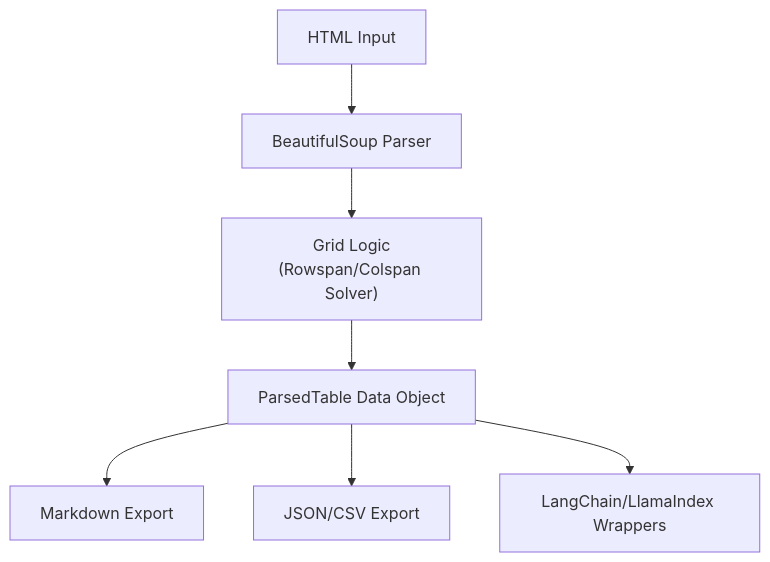
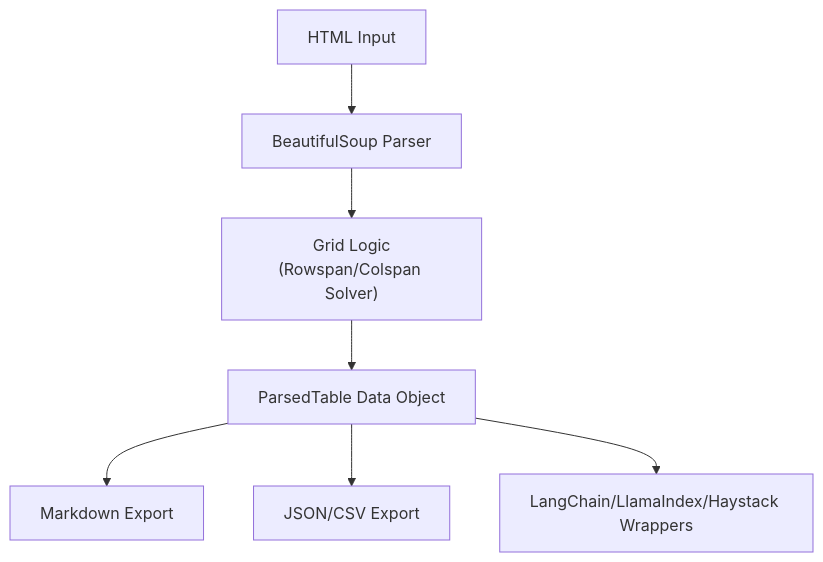
One commit to Encephos/table2md changed the diagram in README.md. Above: the diagram before and after it, drawn with Mermaid. The commit also changed other lines of this file and 5 other files, not shown here.

````diff
--- a/README.md
+++ b/README.md
@@ -36,9 +36,9 @@
 ```mermaid
 graph TD
     n1["HTML Input"] --> n2["BeautifulSoup Parser"]
     n2 --> n3["Grid Logic<br>(Rowspan/Colspan Solver)"]
     n3 --> n4["ParsedTable Data Object"]
     n4 --> n5["Markdown Export"]
     n4 --> n6["JSON/CSV Export"]
-    n4 --> n7["LangChain/LlamaIndex Wrappers"]
+    n4 --> n7["LangChain/LlamaIndex/Haystack Wrappers"]
 ```
````
